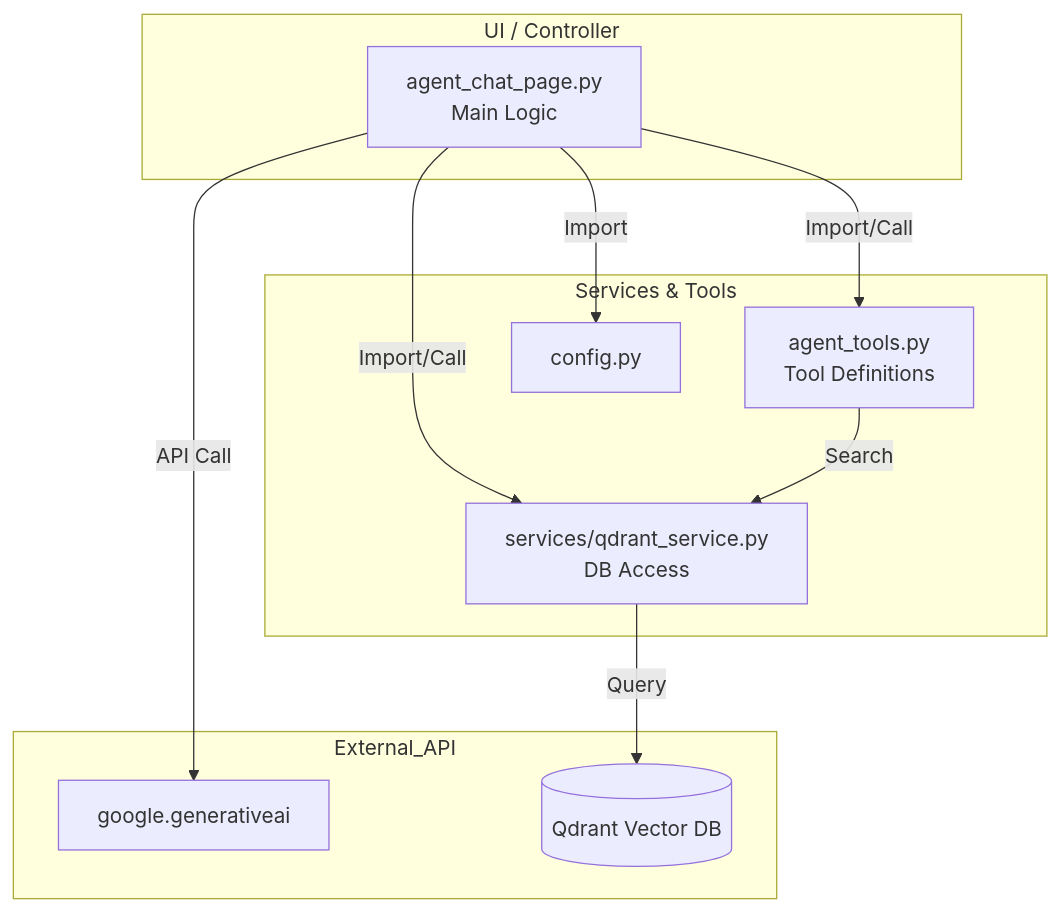
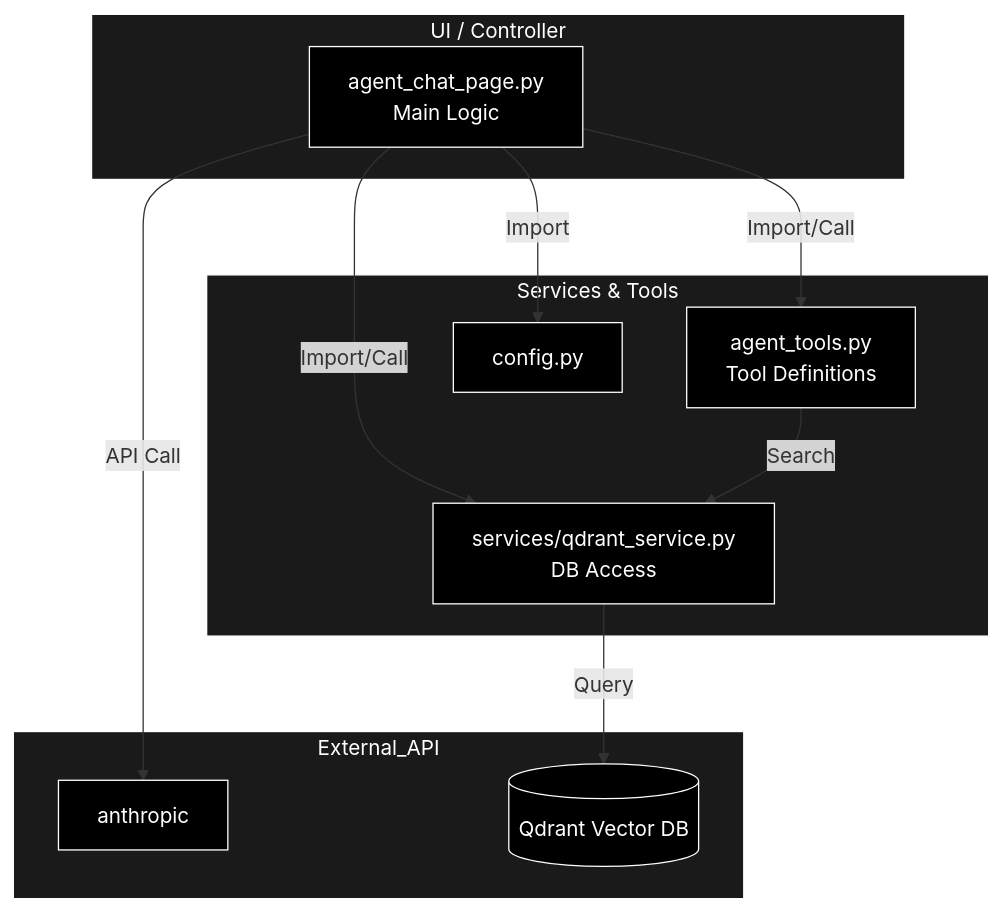
Before and after one commit to nakashima2toshio/anthropic_grace_agent: the tenth of 10 diagrams in readme_react_reflection.md, drawn with Mermaid. The commit also changed other lines of this file and 11 other files, not shown here.

````diff
--- a/readme_react_reflection.md
+++ b/readme_react_reflection.md
@@ -853,24 +893,30 @@
 ```mermaid
 graph TD
     subgraph UI_Layer [UI / Controller]
         AgentPage[agent_chat_page.py<br>Main Logic]
     end
 
     subgraph Service_Layer [Services & Tools]
         Tools[agent_tools.py<br>Tool Definitions]
         QdrantSvc[services/qdrant_service.py<br>DB Access]
         Config[config.py]
     end
 
     subgraph External_API
-        Gemini[google.generativeai]
+        Claude[anthropic]
         QdrantDB[(Qdrant Vector DB)]
     end
 
     AgentPage --> |Import/Call| Tools
     AgentPage --> |Import/Call| QdrantSvc
     AgentPage --> |Import| Config
-    AgentPage --> |API Call| Gemini
+    AgentPage --> |API Call| Claude
     Tools --> |Search| QdrantSvc
     QdrantSvc --> |Query| QdrantDB
+classDef default fill:#000,stroke:#fff,color:#fff
+classDef subgraphStyle fill:#1a1a1a,stroke:#fff,color:#fff
+class AgentPage,Call,Claude,Config,QdrantDB,QdrantSvc,Tools default
+style UI_Layer fill:#1a1a1a,stroke:#fff,color:#fff
+style Service_Layer fill:#1a1a1a,stroke:#fff,color:#fff
+style External_API fill:#1a1a1a,stroke:#fff,color:#fff
 ```
````
